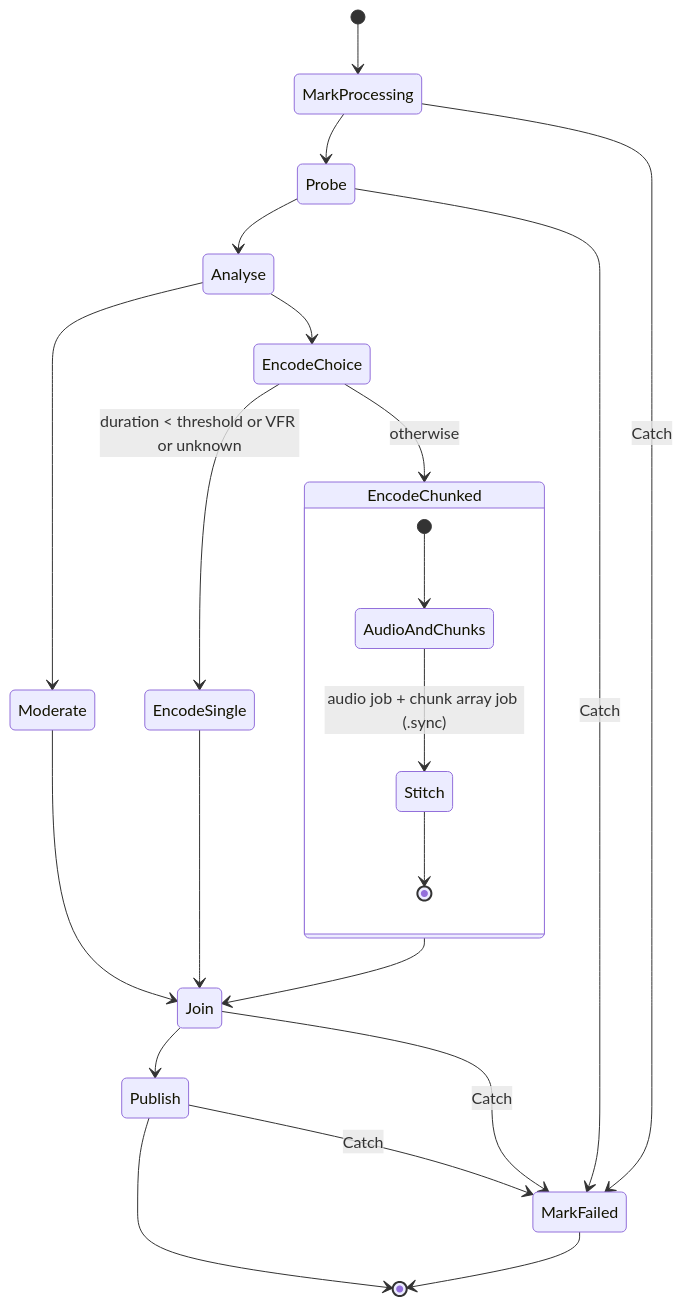
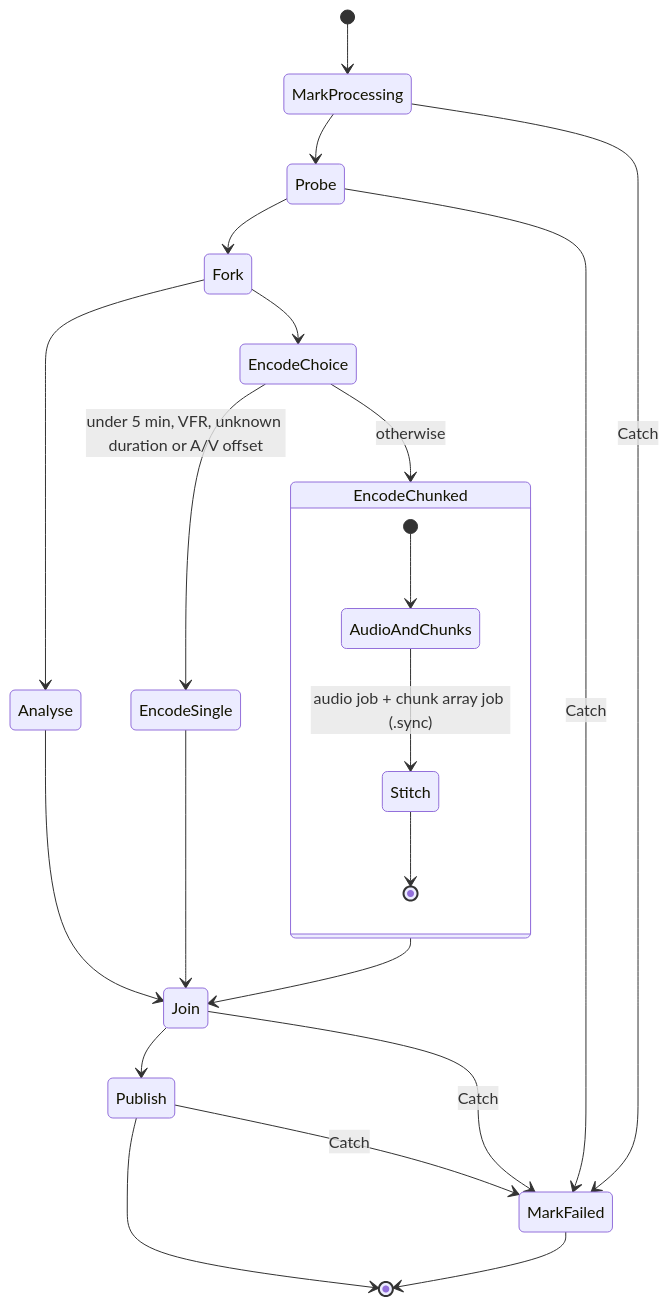
Before and after one commit to DinhQuocCuong28664/DACNTT_VideoStreaming: the second of 7 diagrams in docs/ARCHITECTURE.md, drawn with Mermaid. The commit also changed other lines of this file and 1 other file, not shown here.

First line of the commit message:
docs(architecture): correct the design after a full review

````diff
--- a/docs/ARCHITECTURE.md
+++ b/docs/ARCHITECTURE.md
@@ -115,28 +127,28 @@
 ```mermaid
 stateDiagram-v2
   [*] --> MarkProcessing
   MarkProcessing --> Probe
-  Probe --> Analyse
-  state Analyse <<fork>>
-  Analyse --> Moderate
-  Analyse --> EncodeChoice
+  Probe --> Fork
+  state Fork <<fork>>
+  Fork --> Analyse
+  Fork --> EncodeChoice
   state EncodeChoice <<choice>>
-  EncodeChoice --> EncodeSingle: duration < threshold or VFR or unknown
+  EncodeChoice --> EncodeSingle: under 5 min, VFR, unknown duration or A/V offset
   EncodeChoice --> EncodeChunked: otherwise
   state EncodeChunked {
     [*] --> AudioAndChunks
     AudioAndChunks --> Stitch: audio job + chunk array job (.sync)
     Stitch --> [*]
   }
   EncodeSingle --> Join
   EncodeChunked --> Join
-  Moderate --> Join
+  Analyse --> Join
   state Join <<join>>
   Join --> Publish
   Publish --> [*]
   MarkProcessing --> MarkFailed: Catch
   Probe --> MarkFailed: Catch
   Join --> MarkFailed: Catch
   Publish --> MarkFailed: Catch
   MarkFailed --> [*]
 ```
````
